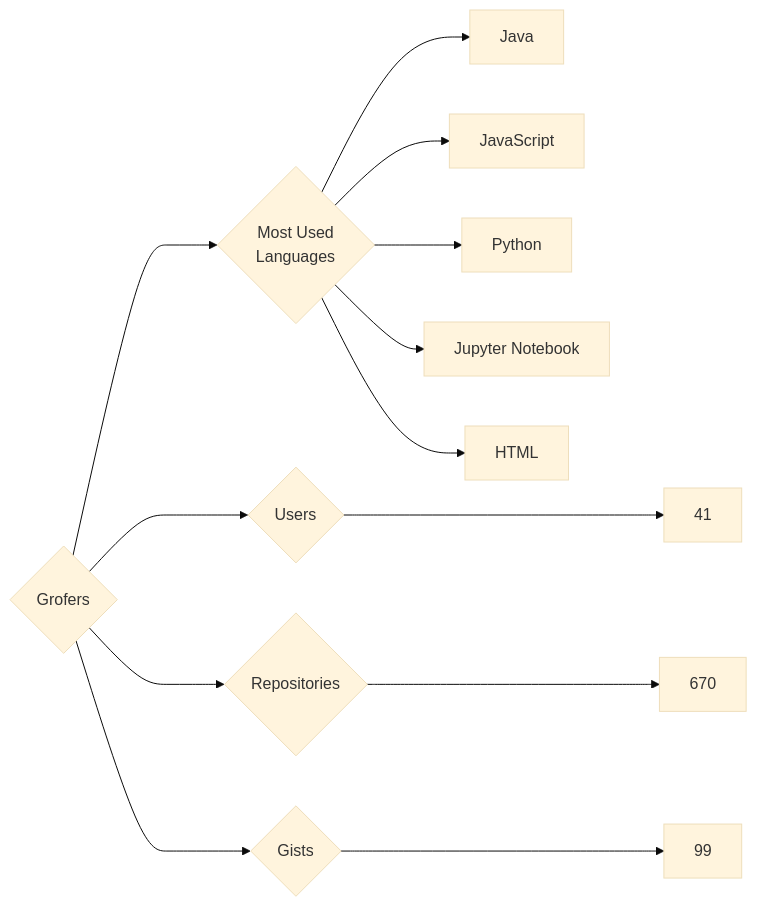
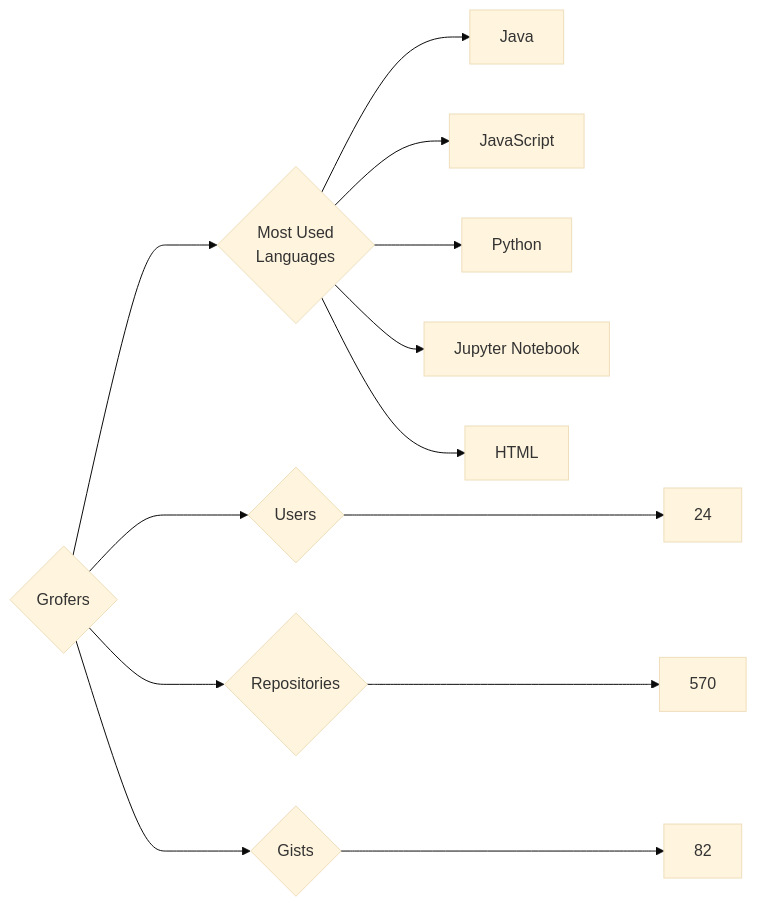
One commit to trickest/insiders changed the diagram in targets/Grofers/README.md. Above: the diagram before and after it, drawn with Mermaid (base theme). The commit also changed 640 other files, not shown here.

````diff
--- a/targets/Grofers/README.md
+++ b/targets/Grofers/README.md
@@ -3,13 +3,13 @@
 ```mermaid
 graph LR
 COMPANY_NAME{Grofers}
-COMPANY_NAME ---> U{Users} ---> UN[41]
-COMPANY_NAME ---> R{Repositories} ---> RN[670]
-COMPANY_NAME ---> G{Gists} ---> GN[99]
+COMPANY_NAME ---> U{Users} ---> UN[24]
+COMPANY_NAME ---> R{Repositories} ---> RN[570]
+COMPANY_NAME ---> G{Gists} ---> GN[82]
 COMPANY_NAME ---> ML{Most Used<br>Languages}
 ML --> Java[Java]
 ML --> JavaScript[JavaScript]
 ML --> Python[Python]
 ML --> Jupyter_Notebook[Jupyter Notebook]
 ML --> HTML[HTML]
 ```
````
